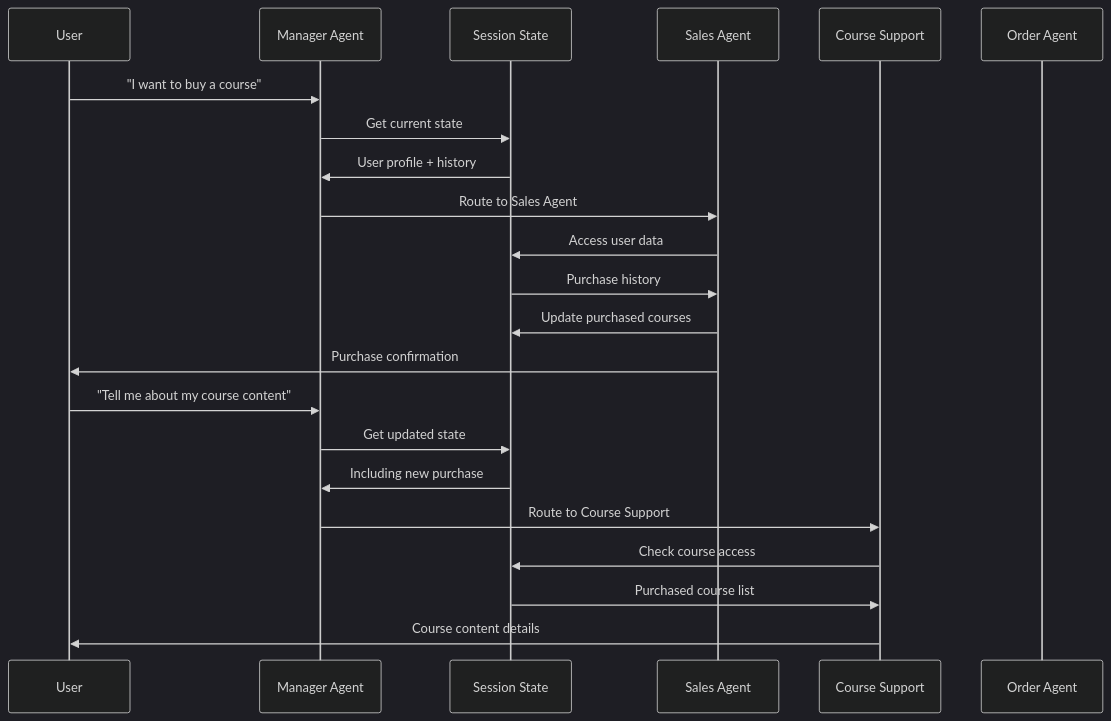
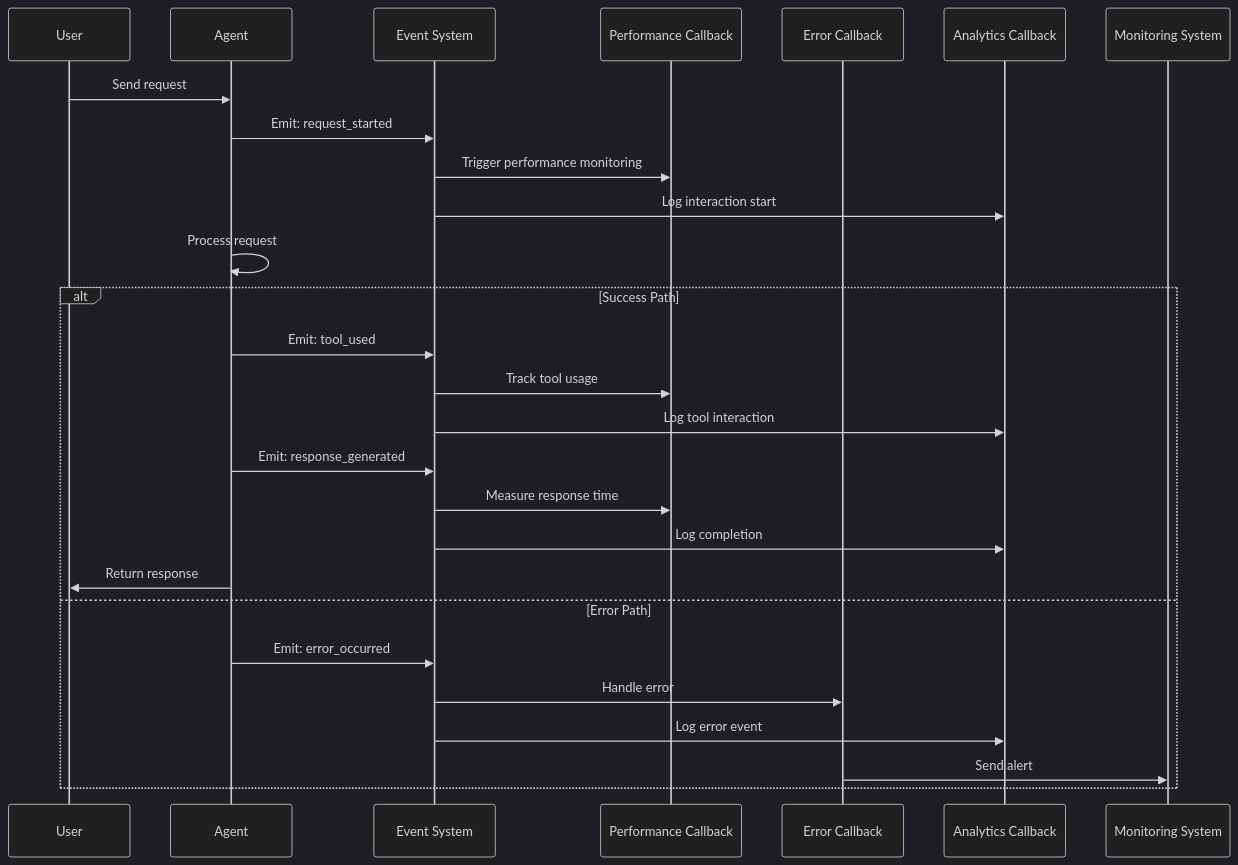
One commit to Yash-Kavaiya/agent-development-kit-crash-course changed the third of 28 diagrams in 9-callbacks/README.md. Above: the diagram before and after it, drawn with Mermaid (dark theme). The commit also changed other lines of this file, not shown here.

````diff
--- a/9-callbacks/README.md
+++ b/9-callbacks/README.md
@@ -91,26 +90,35 @@
 ```mermaid
 sequenceDiagram
     participant U as User
-    participant M as Manager Agent
-    participant S as Session State
-    participant SA as Sales Agent
-    participant CS as Course Support
-    participant O as Order Agent
+    participant A as Agent
+    participant E as Event System
+    participant C1 as Performance Callback
+    participant C2 as Error Callback
+    participant C3 as Analytics Callback
+    participant M as Monitoring System
     
-    U->>M: "I want to buy a course"
-    M->>S: Get current state
-    S->>M: User profile + history
-    M->>SA: Route to Sales Agent
-    SA->>S: Access user data
-    S->>SA: Purchase history
-    SA->>S: Update purchased courses
-    SA->>U: Purchase confirmation
+    U->>A: Send request
+    A->>E: Emit: request_started
+    E->>C1: Trigger performance monitoring
+    E->>C3: Log interaction start
     
-    U->>M: "Tell me about my course content"
-    M->>S: Get updated state
-    S->>M: Including new purchase
-    M->>CS: Route to Course Support
-    CS->>S: Check course access
-    S->>CS: Purchased course list
-    CS->>U: Course content details
+    A->>A: Process request
+    
+    alt Success Path
+        A->>E: Emit: tool_used
+        E->>C1: Track tool usage
+        E->>C3: Log tool interaction
+        
+        A->>E: Emit: response_generated
+        E->>C1: Measure response time
+        E->>C3: Log completion
+        
+        A->>U: Return response
+        
+    else Error Path
+        A->>E: Emit: error_occurred
+        E->>C2: Handle error
+        E->>C3: Log error event
+        C2->>M: Send alert
+    end
 ```
````
